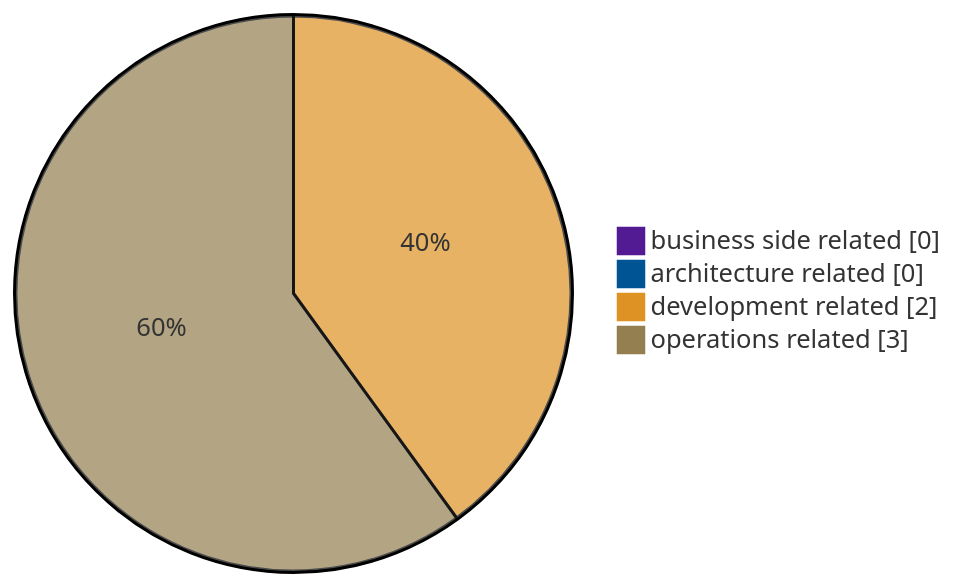
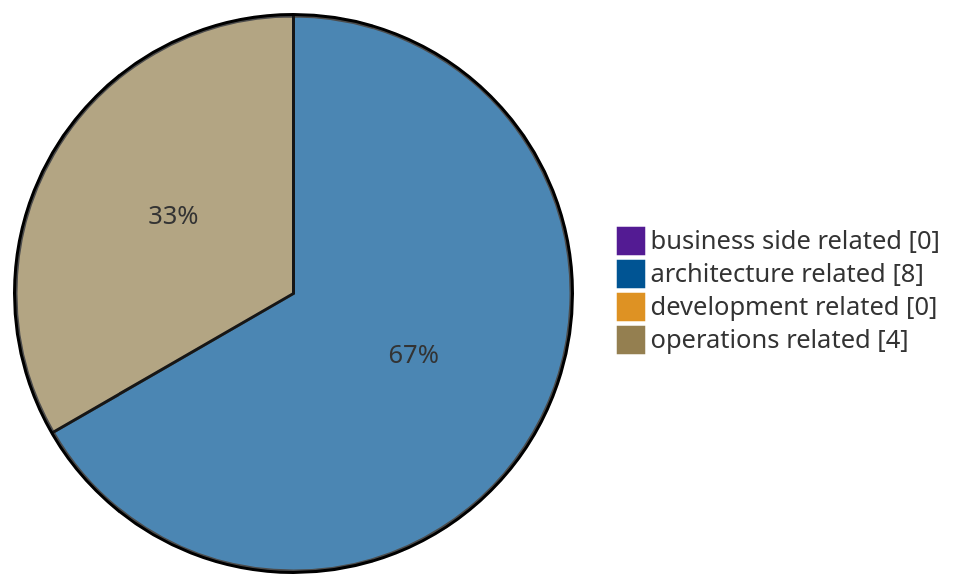
The second of 2 diagrams in threagile/output/pasta/adocReport/030_RiskMitigationStatus.adoc (Luv1881/Threat-model), drawn with Mermaid before and after one commit. The commit also changed other lines of this file and 312 other files, not shown here.

```diff
--- a/threagile/output/pasta/adocReport/030_RiskMitigationStatus.adoc
+++ b/threagile/output/pasta/adocReport/030_RiskMitigationStatus.adoc
@@ -87,9 +87,9 @@
 [mermaid]
 ....
 %%{init: {'pie' : {'textPosition' : 0.5}, 'theme': 'base', 'themeVariables': { 'pie1': '#531B93', 'pie2': '#005493', 'pie3': '#DE9223', 'pie4': '#947F50'}}}%%
 pie showData
   "business side related" : 0
-  "architecture related" : 0
-  "development related" : 2
-  "operations related" : 3
+  "architecture related" : 8
+  "development related" : 0
+  "operations related" : 4
 ....
```
